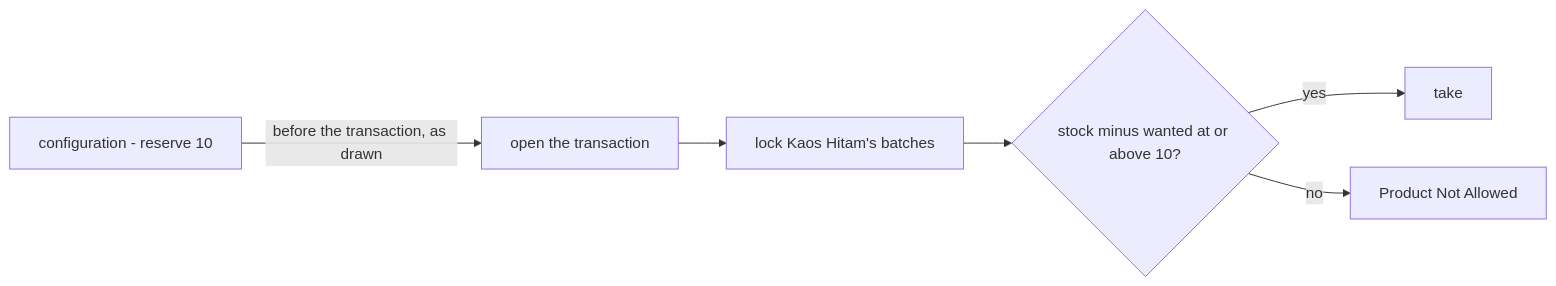
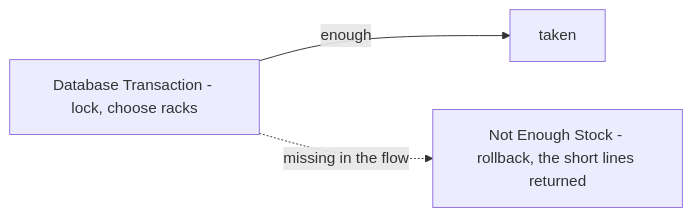
Before and after one commit to pdcgo/warehouse_revamp: the fourth of 6 diagrams in docs/business/inventory/order_clarify.md, drawn with Mermaid. The commit also changed other lines of this file and 12 other files, not shown here.

First line of the commit message:
docs(order,inventory): the reserve and the refusals, the key's own table, missing goods back to pending

````diff
--- a/docs/business/inventory/order_clarify.md
+++ b/docs/business/inventory/order_clarify.md
@@ -212,8 +231,5 @@
-   ```mermaid
-   flowchart LR
-     R["configuration - reserve 10"] -->|"before the transaction, as drawn"| T["open the transaction"]
-     T --> L["lock Kaos Hitam's batches"]
-     L --> C{"stock minus wanted at or above 10?"}
-     C -->|"yes"| W["take"]
-     C -->|"no"| N["Product Not Allowed"]
-   ```
+```mermaid
+flowchart LR
+  T["Database Transaction - lock, choose racks"] -->|"enough"| OK["taken"]
+  T -.->|"missing in the flow"| N["Not Enough Stock - rollback, the short lines returned"]
+```
````
